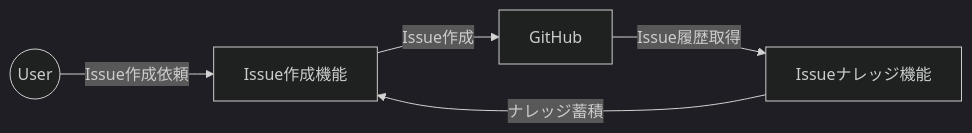
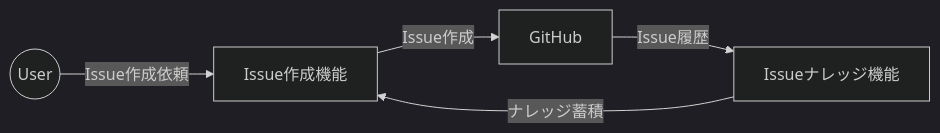
One commit to nangashi/ai-test changed the first of 7 diagrams in DESIGN.md. Above: the diagram before and after it, drawn with Mermaid (dark theme). The commit also changed other lines of this file, not shown here.

````diff
--- a/DESIGN.md
+++ b/DESIGN.md
@@ -25,8 +25,8 @@
 ```mermaid
 graph LR
     U((User)) -->|Issue作成依頼| IC[Issue作成機能]
     IC -->|Issue作成| GH[GitHub]
 
-    GH -->|Issue履歴取得| INF[Issueナレッジ機能]
+    GH -->|Issue履歴| INF[Issueナレッジ機能]
     INF -->|ナレッジ蓄積| IC
 ```
````
